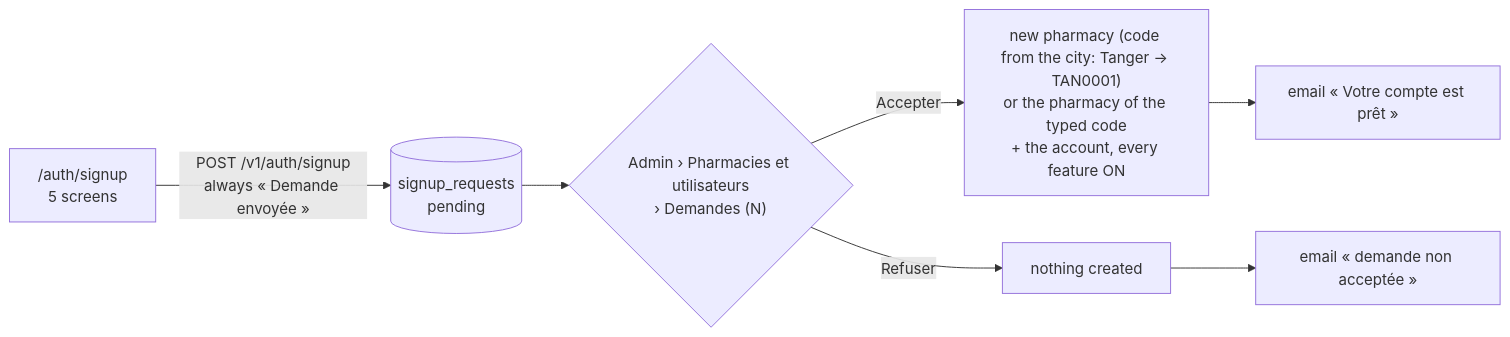
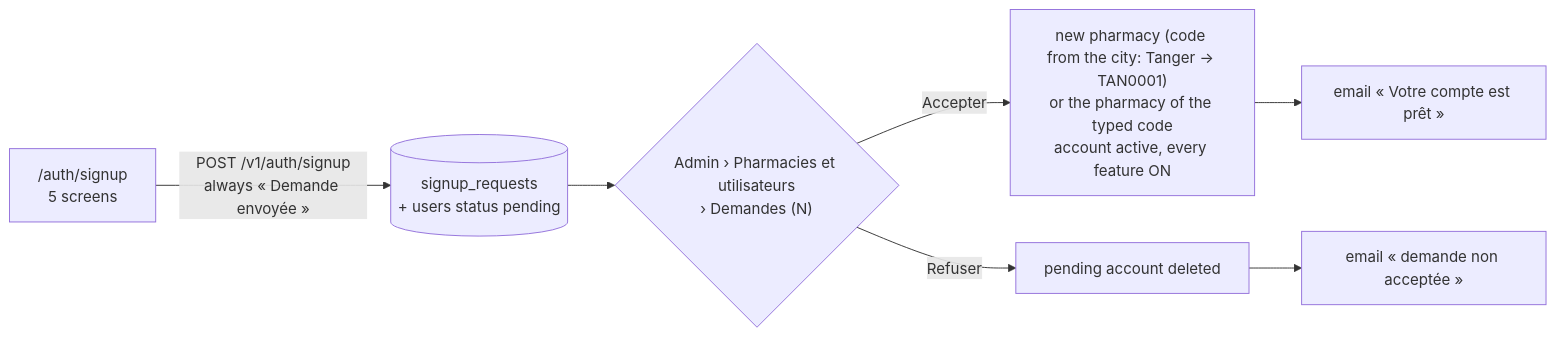
The ninth of 18 diagrams in README.md (ura-computing/ura-posix), drawn with Mermaid before and after one commit. The commit also changed other lines of this file and 41 other files, not shown here.

````diff
--- a/README.md
+++ b/README.md
@@ -358,9 +358,9 @@
 ```mermaid
 flowchart LR
-  F["/auth/signup<br/>5 screens"] -- "POST /v1/auth/signup<br/>always « Demande envoyée »" --> R[("signup_requests<br/>pending")]
+  F["/auth/signup<br/>5 screens"] -- "POST /v1/auth/signup<br/>always « Demande envoyée »" --> R[("signup_requests<br/>+ users status pending")]
   R --> A{"Admin › Pharmacies et utilisateurs<br/>› Demandes (N)"}
-  A -- "Accepter" --> C["new pharmacy (code from the city: Tanger → TAN0001)<br/>or the pharmacy of the typed code<br/>+ the account, every feature ON"]
-  A -- "Refuser" --> X["nothing created"]
+  A -- "Accepter" --> C["new pharmacy (code from the city: Tanger → TAN0001)<br/>or the pharmacy of the typed code<br/>account active, every feature ON"]
+  A -- "Refuser" --> X["pending account deleted"]
   C --> M1["email « Votre compte est prêt »"]
   X --> M2["email « demande non acceptée »"]
 ```
````
